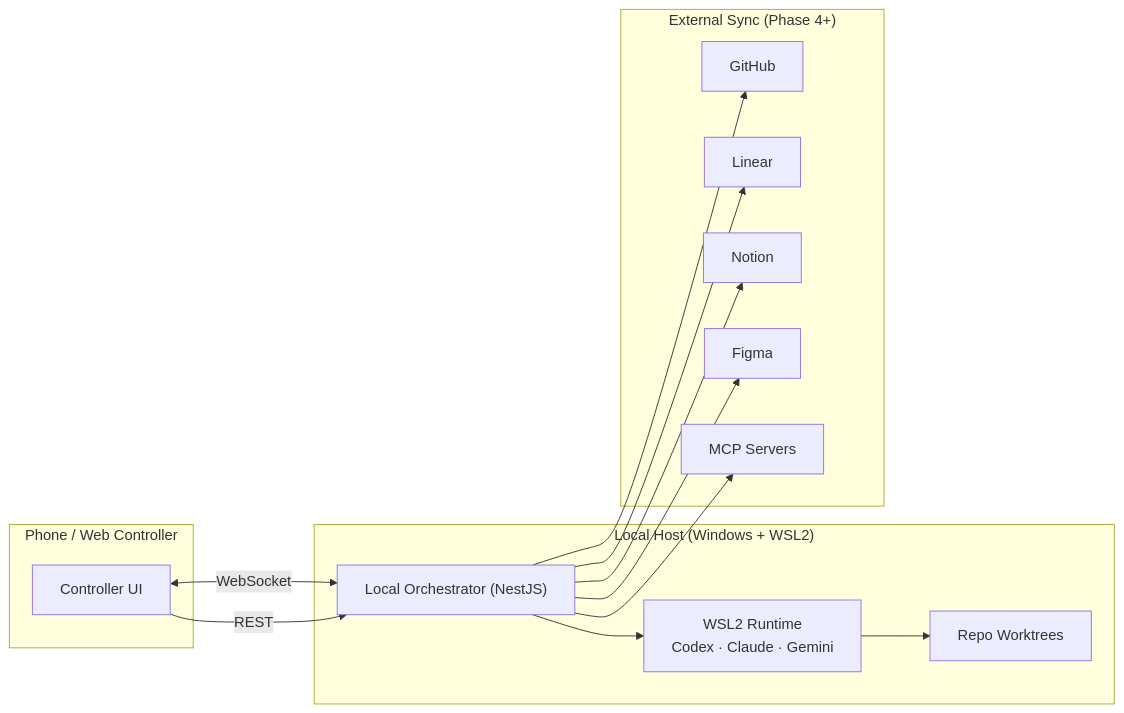
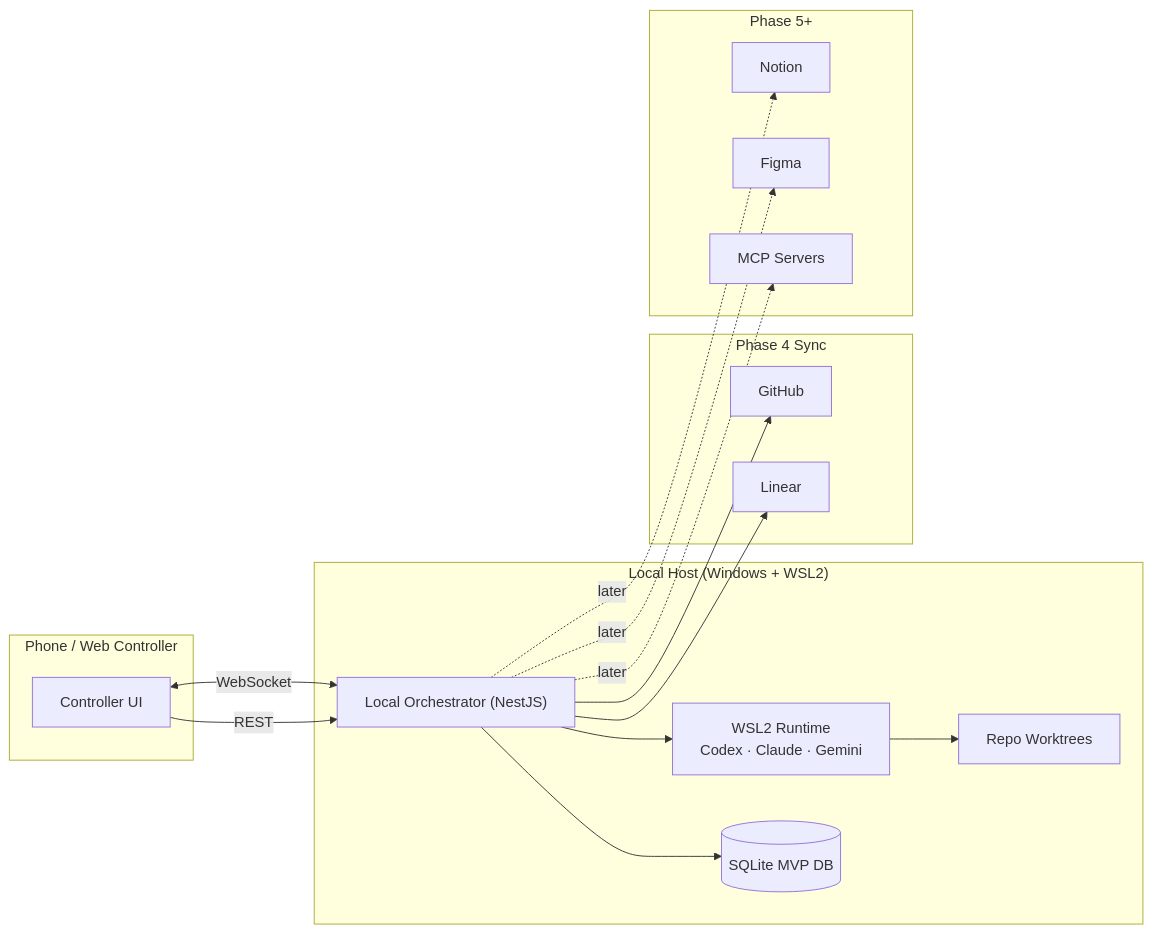
One commit to mjshuff23/agents-with-remote-control-mobile-controller changed the diagram in README.md. Above: the diagram before and after it, drawn with Mermaid. The commit also changed other lines of this file, not shown here.

Commit message:
Update README for Phase 4 handoff

````diff
--- a/README.md
+++ b/README.md
@@ -76,27 +97,31 @@
 ```mermaid
 flowchart LR
   subgraph Mobile["Phone / Web Controller"]
     UI["Controller UI"]
   end
   subgraph Host["Local Host (Windows + WSL2)"]
     Orch["Local Orchestrator (NestJS)"]
     WSL["WSL2 Runtime<br/>Codex · Claude · Gemini"]
     WT["Repo Worktrees"]
+    DB[("SQLite MVP DB")]
   end
-  subgraph Ext["External Sync (Phase 4+)"]
+  subgraph Sync["Phase 4 Sync"]
     GH["GitHub"]
     LN["Linear"]
+  end
+  subgraph Later["Phase 5+"]
     NT["Notion"]
     FG["Figma"]
     MCP["MCP Servers"]
   end
   UI <-->|"WebSocket"| Orch
   UI -->|"REST"| Orch
   Orch --> WSL
   WSL --> WT
+  Orch --> DB
   Orch --> GH
   Orch --> LN
-  Orch --> NT
-  Orch --> FG
-  Orch --> MCP
+  Orch -. later .-> NT
+  Orch -. later .-> FG
+  Orch -. later .-> MCP
 ```
````
